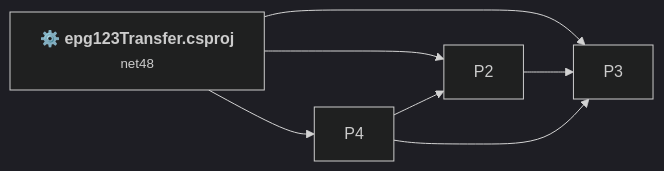
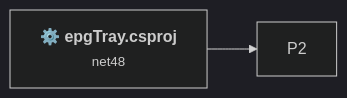
Before and after one commit to Kev506/epg123: the first of 2 diagrams in .github/upgrades/scenarios/dotnet-version-upgrade/assessment.md, drawn with Mermaid (dark theme). The commit also changed other lines of this file and 10 other files, not shown here.

Commit message:
upgrade(01-validate-prerequisites): validate epgTray upgrade baseline

````diff
--- a/.github/upgrades/scenarios/dotnet-version-upgrade/assessment.md
+++ b/.github/upgrades/scenarios/dotnet-version-upgrade/assessment.md
@@ -145,12 +142,7 @@
 ```mermaid
 flowchart LR
-    P1["<b>⚙️&nbsp;epg123Transfer.csproj</b><br/><small>net48</small>"]
+    P1["<b>⚙️&nbsp;epgTray.csproj</b><br/><small>net48</small>"]
     P1 --> P2
-    P1 --> P3
-    P1 --> P4
-    P2 --> P3
-    P4 --> P2
-    P4 --> P3
-    click P1 "#epg123transfercsproj"
+    click P1 "#epgtraycsproj"
 
 ```
````
